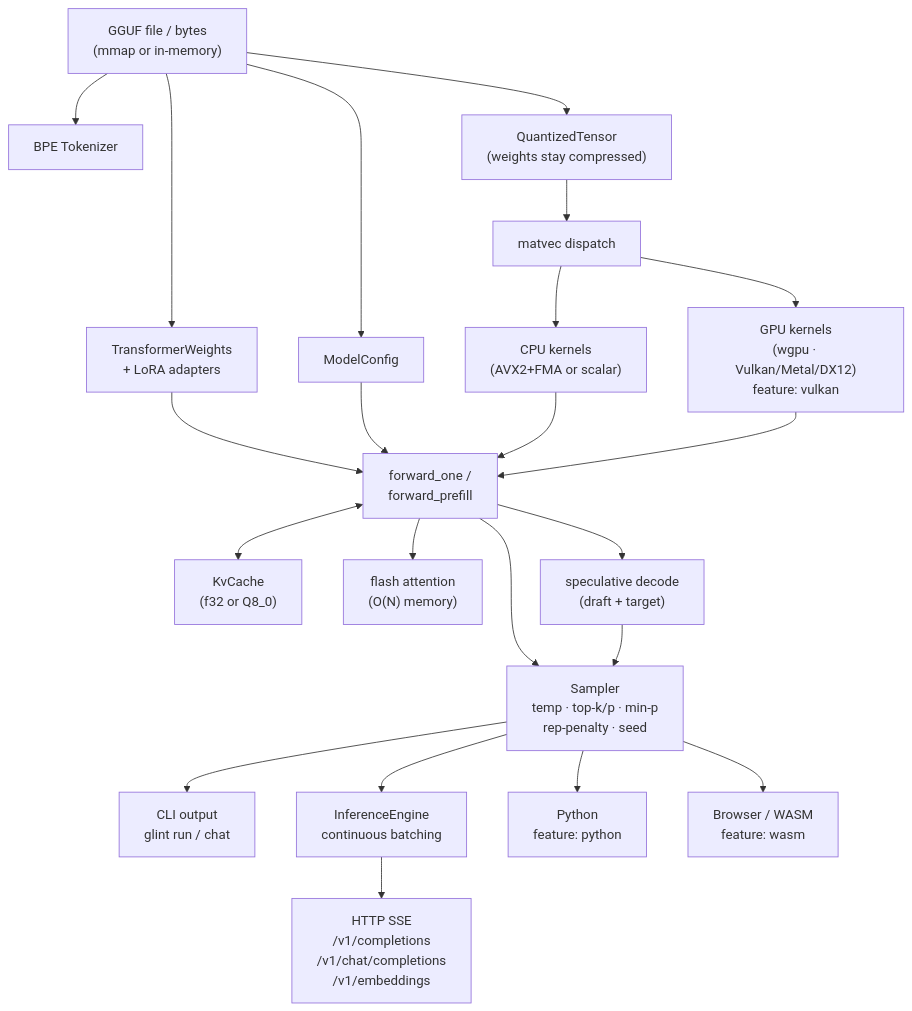
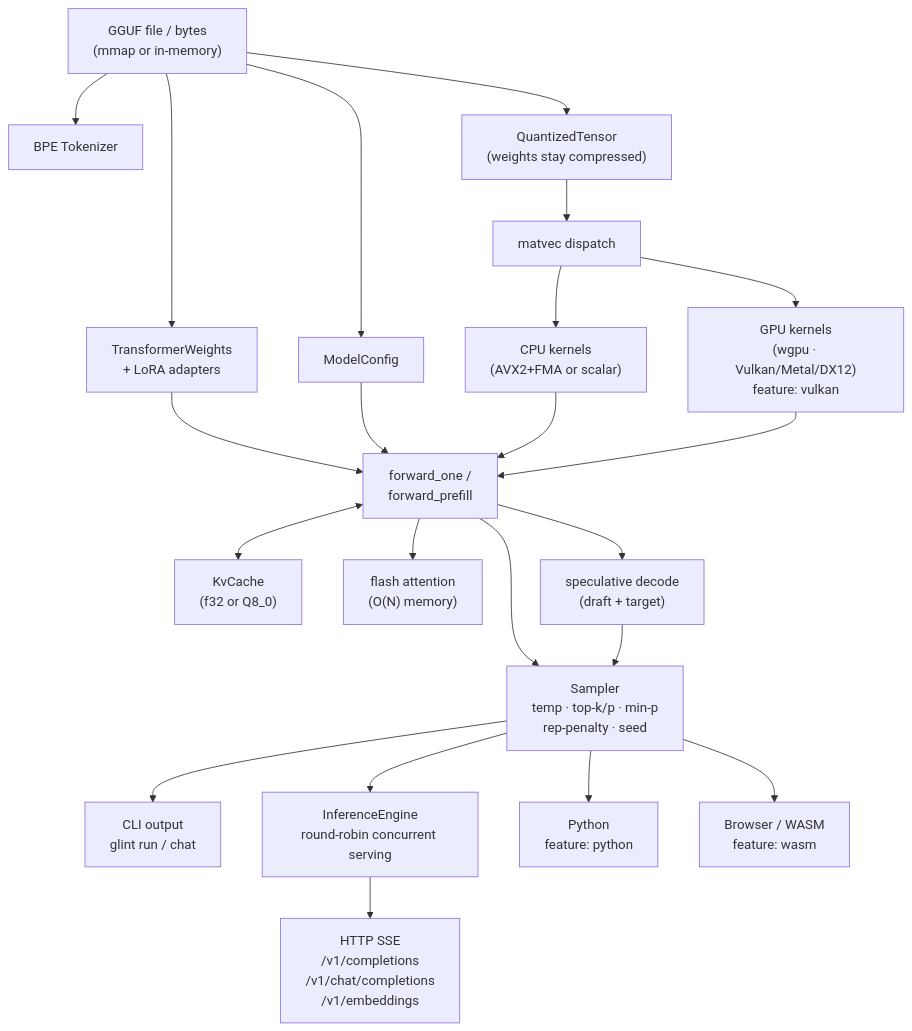
One commit to HamadAndrabi/glint changed the diagram in README.md. Above: the diagram before and after it, drawn with Mermaid. The commit also changed other lines of this file and 4 other files, not shown here.

````diff
--- a/README.md
+++ b/README.md
@@ -246,31 +257,31 @@
 ```mermaid
 flowchart TD
     GGUF["GGUF file / bytes<br/>(mmap or in-memory)"]
 
     GGUF --> Config["ModelConfig"]
     GGUF --> Tok["BPE Tokenizer"]
     GGUF --> Weights["TransformerWeights<br/>+ LoRA adapters"]
     GGUF --> QT["QuantizedTensor<br/>(weights stay compressed)"]
 
     QT --> Dispatch["matvec dispatch"]
     Dispatch --> CPU["CPU kernels<br/>(AVX2+FMA or scalar)"]
     Dispatch --> GPU["GPU kernels<br/>(wgpu · Vulkan/Metal/DX12)<br/>feature: vulkan"]
 
     Weights --> FWD["forward_one /<br/>forward_prefill"]
     Config --> FWD
     FWD <--> KV["KvCache<br/>(f32 or Q8_0)"]
     FWD --> Flash["flash attention<br/>(O(N) memory)"]
     CPU --> FWD
     GPU --> FWD
 
     FWD --> Spec["speculative decode<br/>(draft + target)"]
     FWD --> Sampler["Sampler<br/>temp · top-k/p · min-p<br/>rep-penalty · seed"]
 
     Spec --> Sampler
 
     Sampler --> CLI["CLI output<br/>glint run / chat"]
-    Sampler --> Engine["InferenceEngine<br/>continuous batching"]
+    Sampler --> Engine["InferenceEngine<br/>round-robin concurrent serving"]
     Engine --> SSE["HTTP SSE<br/>/v1/completions<br/>/v1/chat/completions<br/>/v1/embeddings"]
     Sampler --> Py["Python<br/>feature: python"]
     Sampler --> WASM["Browser / WASM<br/>feature: wasm"]
 ```
````
